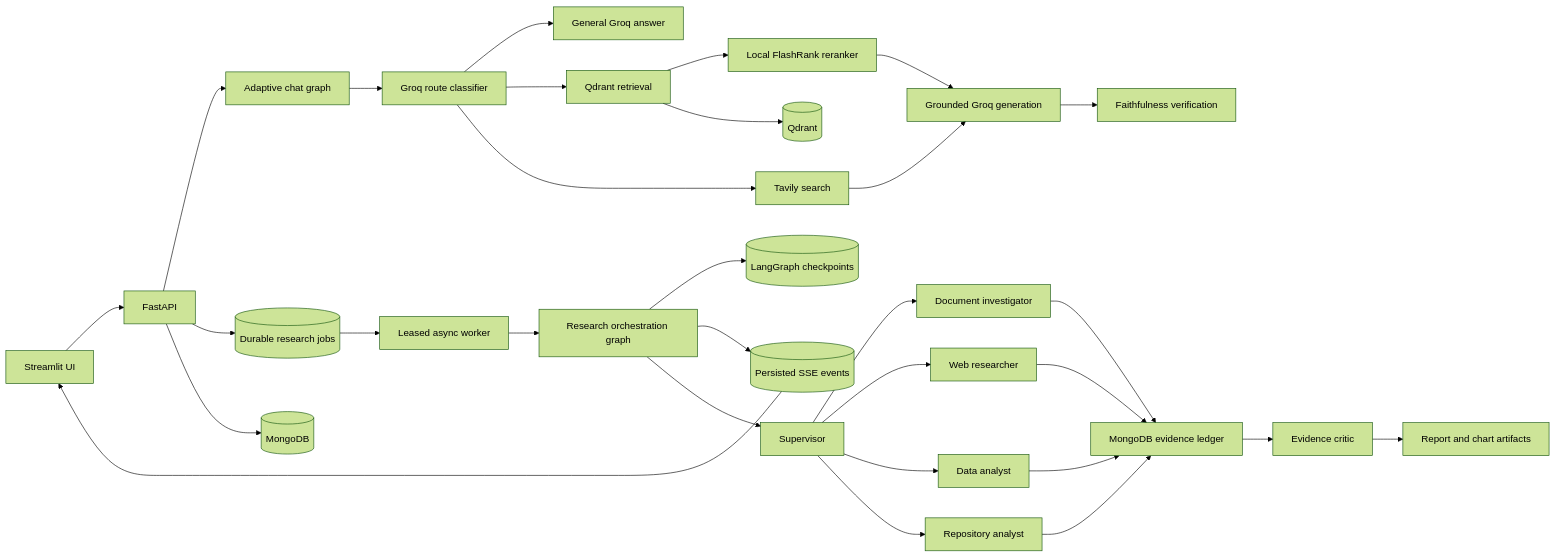
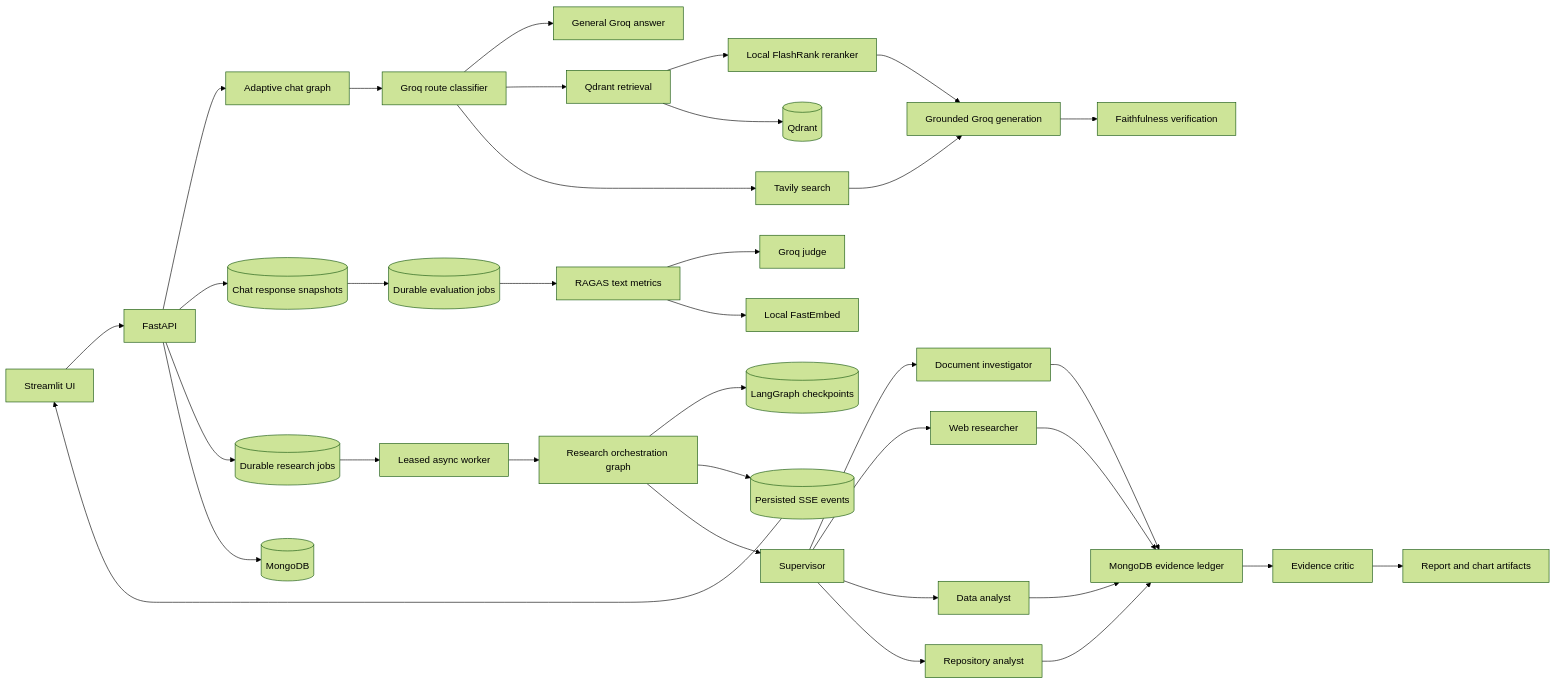
Before and after one commit to DeveshJha-00/multi-agent-research-workspace: the diagram in README.md, drawn with Mermaid (forest theme). The commit also changed other lines of this file and 35 other files, not shown here.

````diff
--- a/README.md
+++ b/README.md
@@ -110,35 +130,41 @@
 ```mermaid
 flowchart LR
     UI[Streamlit UI] --> API[FastAPI]
 
     API --> CHAT[Adaptive chat graph]
     CHAT --> CLASSIFY[Groq route classifier]
     CLASSIFY --> GENERAL[General Groq answer]
     CLASSIFY --> RAG[Qdrant retrieval]
     CLASSIFY --> WEB[Tavily search]
     RAG --> RERANK[Local FlashRank reranker]
     RERANK --> GENERATE[Grounded Groq generation]
     WEB --> GENERATE
     GENERATE --> VERIFY[Faithfulness verification]
+
+    API --> SNAPSHOTS[(Chat response snapshots)]
+    SNAPSHOTS --> EVALJOBS[(Durable evaluation jobs)]
+    EVALJOBS --> RAGAS[RAGAS text metrics]
+    RAGAS --> GROQJUDGE[Groq judge]
+    RAGAS --> FASTEMBED[Local FastEmbed]
 
     API --> JOBS[(Durable research jobs)]
     JOBS --> WORKER[Leased async worker]
     WORKER --> RESEARCH[Research orchestration graph]
     RESEARCH --> CHECKPOINTS[(LangGraph checkpoints)]
     RESEARCH --> EVENTS[(Persisted SSE events)]
     EVENTS --> UI
     RESEARCH --> SUPERVISOR[Supervisor]
     SUPERVISOR --> DOC[Document investigator]
     SUPERVISOR --> WEBAGENT[Web researcher]
     SUPERVISOR --> DATA[Data analyst]
     SUPERVISOR --> REPO[Repository analyst]
     DOC --> LEDGER[MongoDB evidence ledger]
     WEBAGENT --> LEDGER
     DATA --> LEDGER
     REPO --> LEDGER
     LEDGER --> CRITIC[Evidence critic]
     CRITIC --> REPORT[Report and chart artifacts]
 
     RAG --> QDRANT[(Qdrant)]
     API --> MONGO[(MongoDB)]
 ```
````
